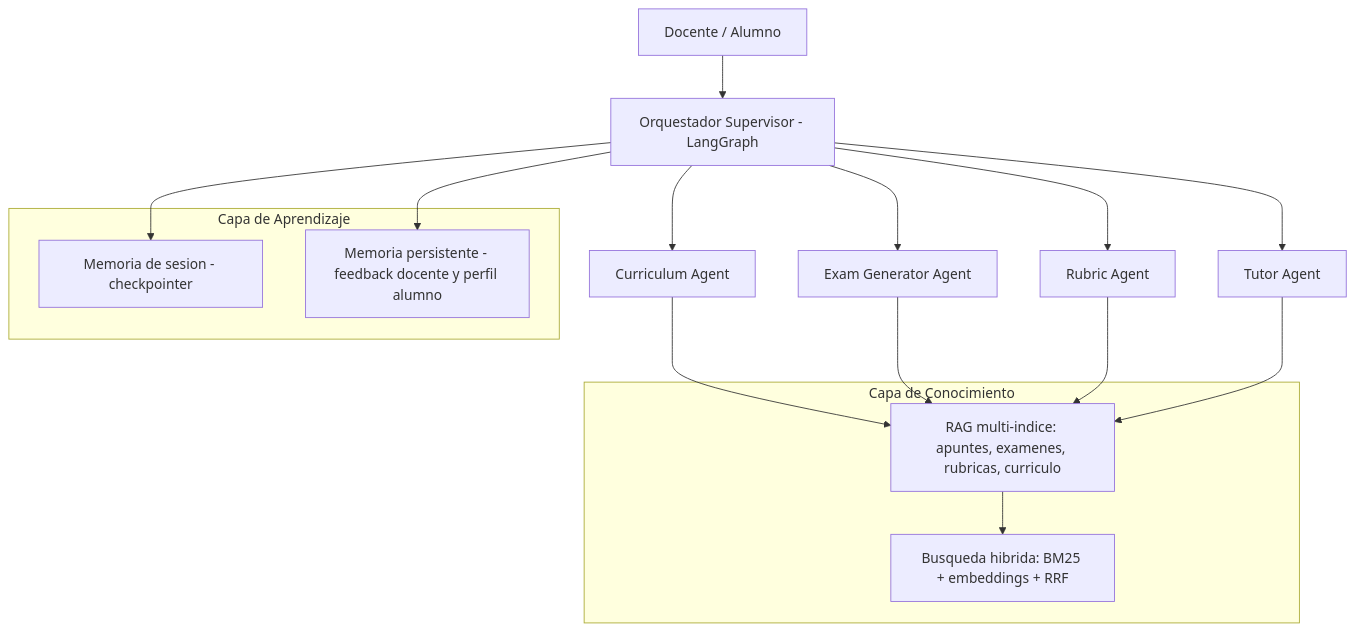
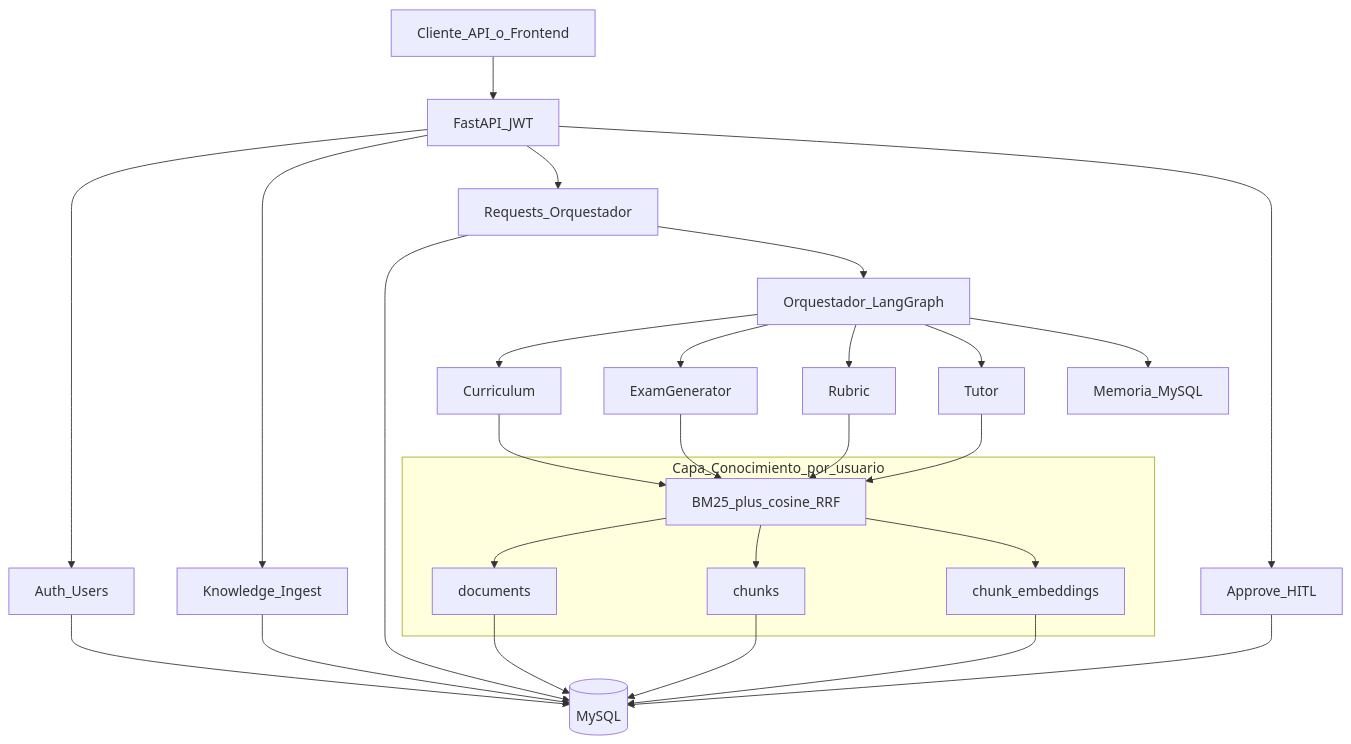
The first of 2 diagrams in docs/arquitectura.md (DavidLeonP/Orquestacion-Agentes), drawn with Mermaid before and after one commit. The commit also changed other lines of this file and 34 other files, not shown here.

First line of the commit message:
Add REST API, MySQL backend, and per-user knowledge isolation

````diff
--- a/docs/arquitectura.md
+++ b/docs/arquitectura.md
@@ -29,23 +30,34 @@
 ```mermaid
 flowchart TB
-    Usuario[Docente / Alumno] --> Orq[Orquestador Supervisor - LangGraph]
-    Orq --> CA[Curriculum Agent]
-    Orq --> EG[Exam Generator Agent]
-    Orq --> RA[Rubric Agent]
-    Orq --> TA[Tutor Agent]
-    subgraph conocimiento [Capa de Conocimiento]
-        RAGm["RAG multi-indice: apuntes, examenes, rubricas, curriculo"]
-        Hibrida["Busqueda hibrida: BM25 + embeddings + RRF"]
+    Cliente[Cliente_API_o_Frontend] --> API[FastAPI_JWT]
+    API --> Auth[Auth_Users]
+    API --> Know[Knowledge_Ingest]
+    API --> Req[Requests_Orquestador]
+    API --> Hitl[Approve_HITL]
+    Auth --> MySQL[(MySQL)]
+    Know --> MySQL
+    Req --> MySQL
+    Hitl --> MySQL
+    Req --> Orq[Orquestador_LangGraph]
+    Orq --> CA[Curriculum]
+    Orq --> EG[ExamGenerator]
+    Orq --> RA[Rubric]
+    Orq --> TA[Tutor]
+    subgraph conocimiento [Capa_Conocimiento_por_usuario]
+        Docs[documents]
+        Chunks[chunks]
+        Emb[chunk_embeddings]
+        Hibrida[BM25_plus_cosine_RRF]
     end
-    subgraph memoria [Capa de Aprendizaje]
-        STM[Memoria de sesion - checkpointer]
-        LTM[Memoria persistente - feedback docente y perfil alumno]
-    end
-    CA --> RAGm
-    EG --> RAGm
-    RA --> RAGm
-    TA --> RAGm
-    RAGm --> Hibrida
-    Orq --> STM
-    Orq --> LTM
+    CA --> Hibrida
+    EG --> Hibrida
+    RA --> Hibrida
+    TA --> Hibrida
+    Hibrida --> Docs
+    Hibrida --> Chunks
+    Hibrida --> Emb
+    Docs --> MySQL
+    Chunks --> MySQL
+    Emb --> MySQL
+    Orq --> Mem[Memoria_MySQL]
 ```
````
